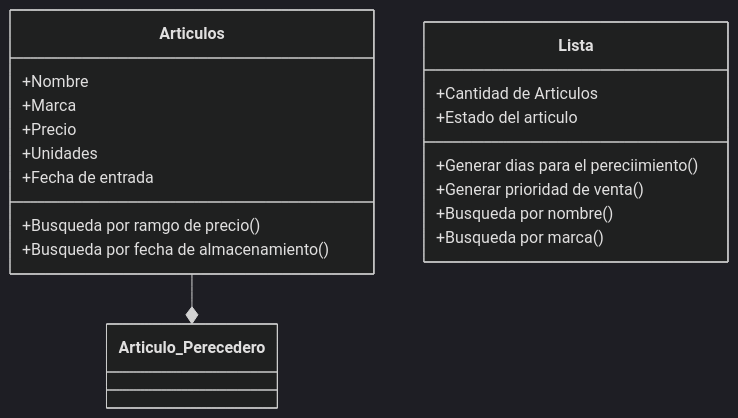
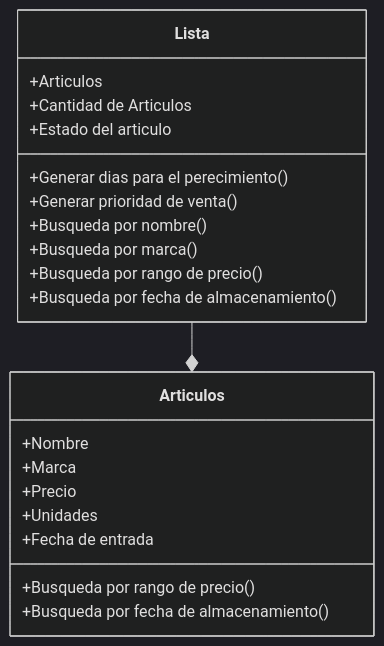
The diagram in README.md (GabrielHuertas72/Proyecto-POO-GabrielHuertas), drawn with Mermaid (dark theme) before and after one commit.

````diff
--- a/README.md
+++ b/README.md
@@ -10,23 +10,26 @@
 ```mermaid
 classDiagram
     class Articulos{
         +Nombre 
         +Marca  
         +Precio 
         +Unidades 
         +Fecha de entrada 
         
-        +Busqueda por ramgo de precio()
+        +Busqueda por rango de precio()
         +Busqueda por fecha de almacenamiento()
     }
     class Lista{
+        +Articulos
         +Cantidad de Articulos
         +Estado del articulo
-        +Generar dias para el pereciimiento()
+        +Generar dias para el perecimiento()
         +Generar prioridad de venta()
-    +Busqueda por nombre()
+        +Busqueda por nombre()
         +Busqueda por marca()
+        +Busqueda por rango de precio()
+        +Busqueda por fecha de almacenamiento()
     }
-    Articulos --*  Articulo_Perecedero 
+    Lista --*  Articulos
 
 ```
````
